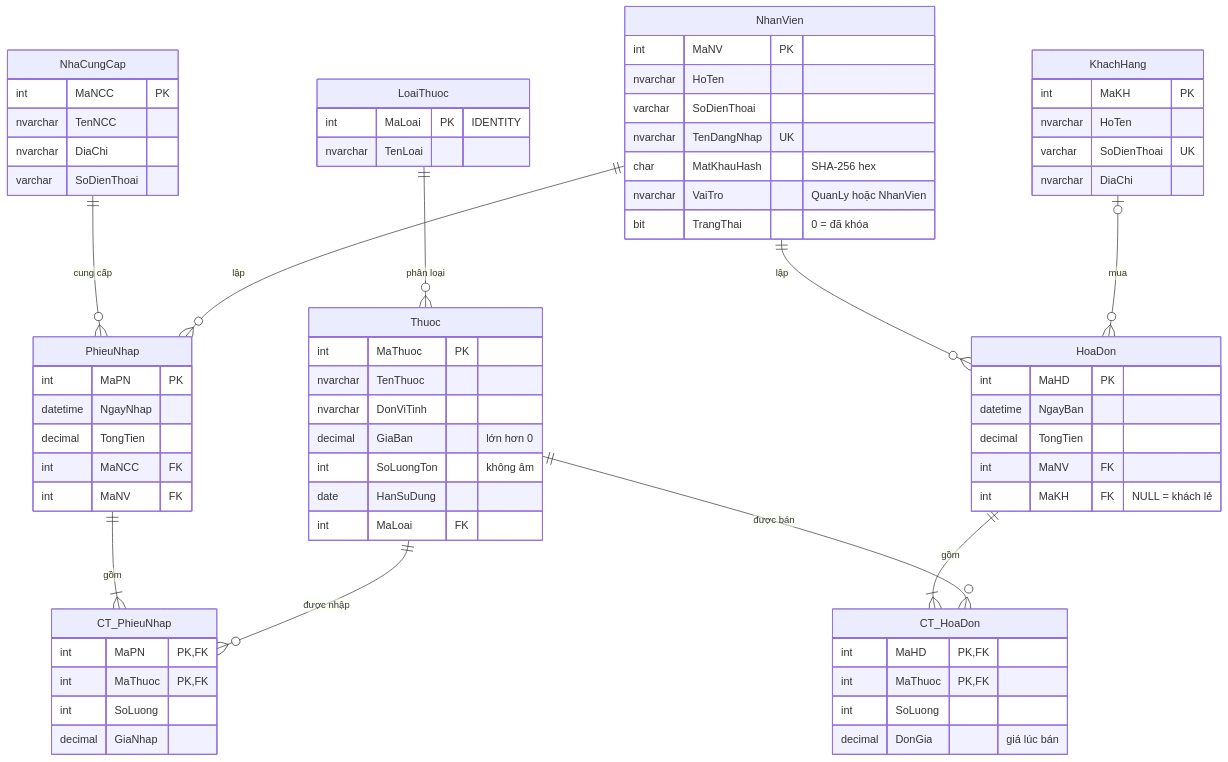
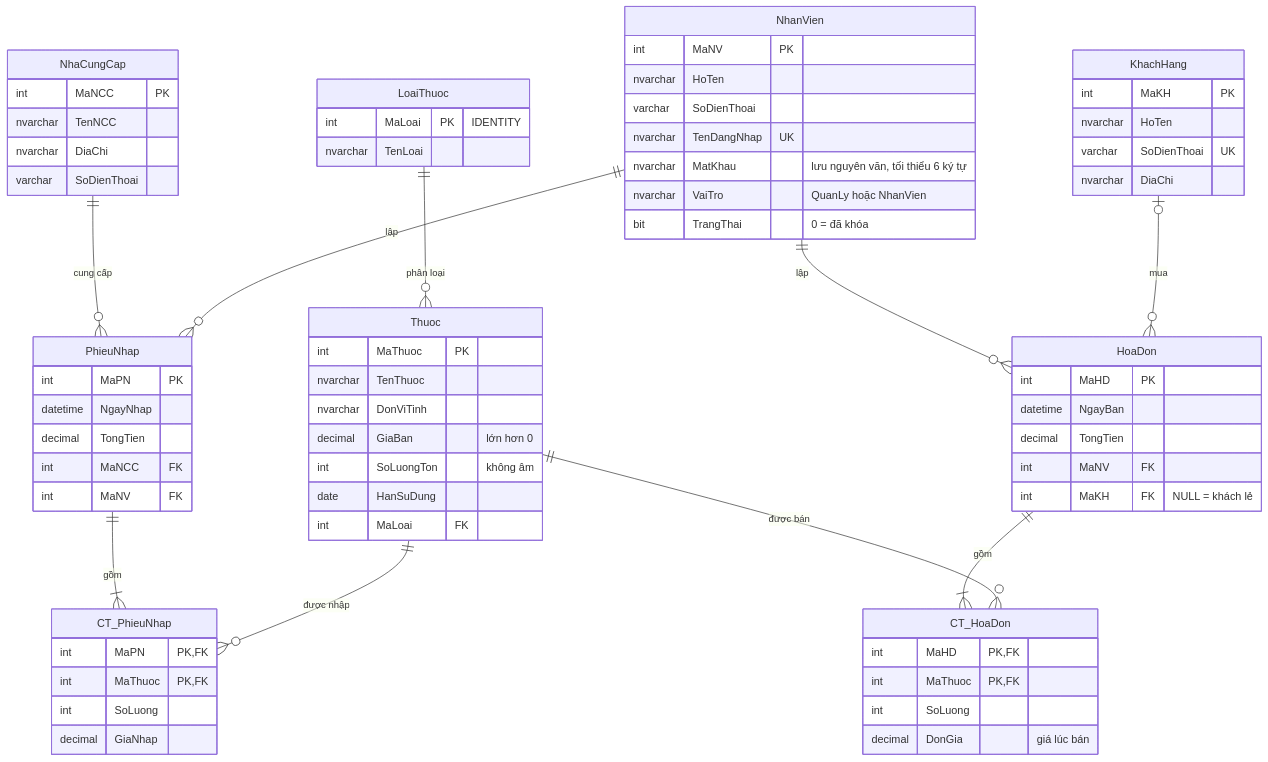
Before and after one commit to tring812/Visualize_Programming_IT008: the diagram in README.md, drawn with Mermaid. The commit also changed other lines of this file and 5 other files, not shown here.

First line of the commit message:
Bỏ băm mật khẩu: MatKhauHash thành MatKhau

````diff
--- a/README.md
+++ b/README.md
@@ -77,73 +77,73 @@
 ```mermaid
 erDiagram
     LoaiThuoc ||--o{ Thuoc : "phân loại"
     NhaCungCap ||--o{ PhieuNhap : "cung cấp"
     NhanVien ||--o{ PhieuNhap : "lập"
     NhanVien ||--o{ HoaDon : "lập"
     KhachHang |o--o{ HoaDon : "mua"
     PhieuNhap ||--|{ CT_PhieuNhap : "gồm"
     Thuoc ||--o{ CT_PhieuNhap : "được nhập"
     HoaDon ||--|{ CT_HoaDon : "gồm"
     Thuoc ||--o{ CT_HoaDon : "được bán"
 
     NhanVien {
         int MaNV PK
         nvarchar HoTen
         varchar SoDienThoai
         nvarchar TenDangNhap UK
-        char MatKhauHash "SHA-256 hex"
+        nvarchar MatKhau "lưu nguyên văn, tối thiểu 6 ký tự"
         nvarchar VaiTro "QuanLy hoặc NhanVien"
         bit TrangThai "0 = đã khóa"
     }
     KhachHang {
         int MaKH PK
         nvarchar HoTen
         varchar SoDienThoai UK
         nvarchar DiaChi
     }
     LoaiThuoc {
         int MaLoai PK "IDENTITY"
         nvarchar TenLoai
     }
     NhaCungCap {
         int MaNCC PK
         nvarchar TenNCC
         nvarchar DiaChi
         varchar SoDienThoai
     }
     Thuoc {
         int MaThuoc PK
         nvarchar TenThuoc
         nvarchar DonViTinh
         decimal GiaBan "lớn hơn 0"
         int SoLuongTon "không âm"
         date HanSuDung
         int MaLoai FK
     }
     PhieuNhap {
         int MaPN PK
         datetime NgayNhap
         decimal TongTien
         int MaNCC FK
         int MaNV FK
     }
     CT_PhieuNhap {
         int MaPN PK, FK
         int MaThuoc PK, FK
         int SoLuong
         decimal GiaNhap
     }
     HoaDon {
         int MaHD PK
         datetime NgayBan
         decimal TongTien
         int MaNV FK
         int MaKH FK "NULL = khách lẻ"
     }
     CT_HoaDon {
         int MaHD PK, FK
         int MaThuoc PK, FK
         int SoLuong
         decimal DonGia "giá lúc bán"
     }
 ```
````
